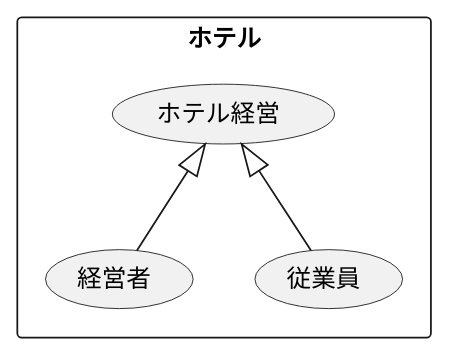
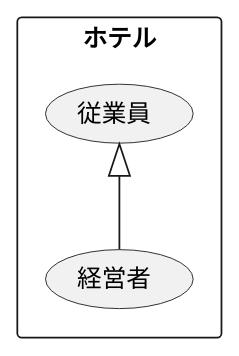
The diagram in 演習2-2_ホテル従業員.pu (seyakatekudouu/UML_Introduction), drawn with PlantUML before and after one commit.

Commit message:
演習

```diff
--- a/演習2-2_ホテル従業員.pu
+++ b/演習2-2_ホテル従業員.pu
@@ -1,10 +1,9 @@
 @startuml ユースケース図
 ' left to right direction
 rectangle ホテル{
-usecase ホテル経営
 usecase 経営者
 usecase 従業員
 }
-ホテル経営<|-- 経営者
-ホテル経営<|-- 従業員
+従業員<|-- 経営者
+
 @enduml
```
